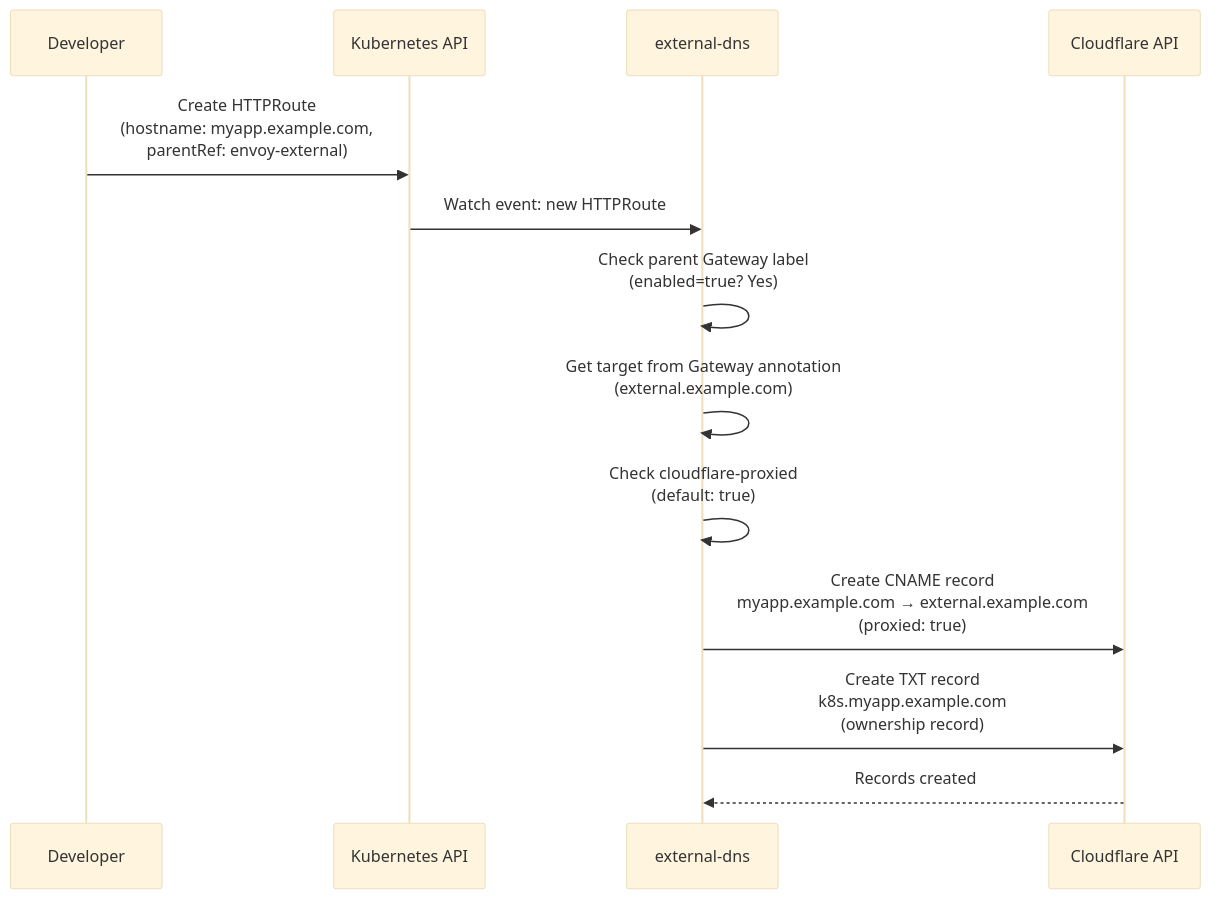
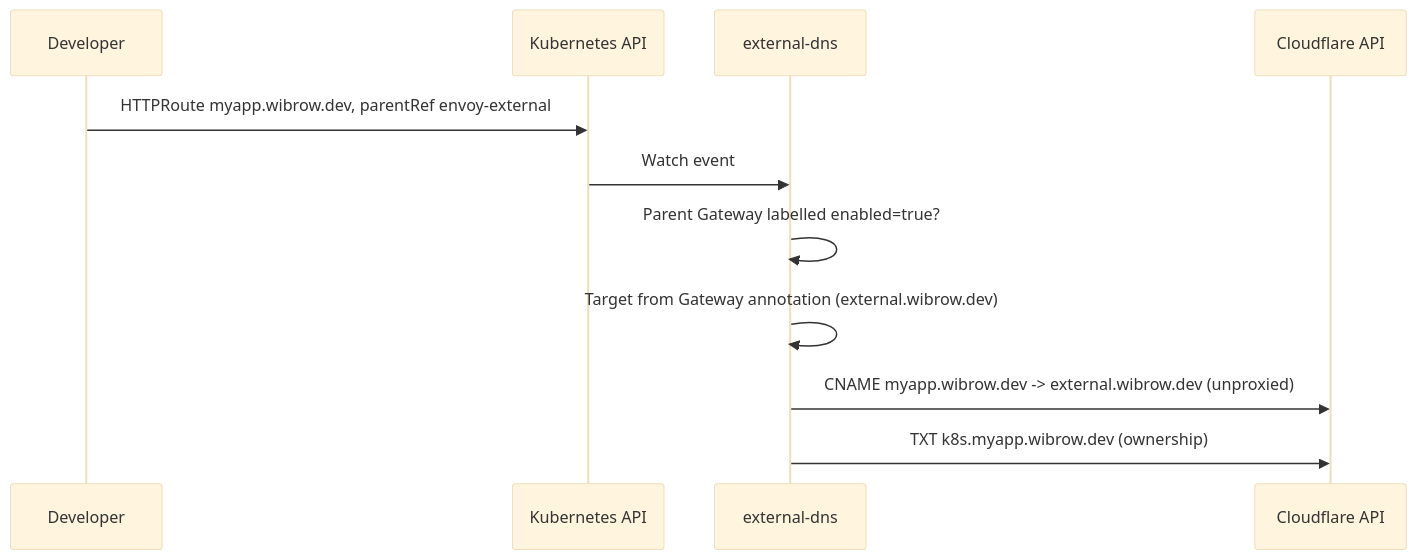
The diagram in docs/networking/external-dns.md (swibrow/home-ops), drawn with Mermaid (base theme) before and after one commit. The commit also changed other lines of this file and 105 other files, not shown here.

````diff
--- a/docs/networking/external-dns.md
+++ b/docs/networking/external-dns.md
@@ -176,16 +120,14 @@
 ```mermaid
 sequenceDiagram
     participant Dev as Developer
     participant K8s as Kubernetes API
     participant EDNS as external-dns
     participant CF as Cloudflare API
 
-    Dev->>K8s: Create HTTPRoute<br/>(hostname: myapp.example.com,<br/>parentRef: envoy-external)
-    K8s->>EDNS: Watch event: new HTTPRoute
-    EDNS->>EDNS: Check parent Gateway label<br/>(enabled=true? Yes)
-    EDNS->>EDNS: Get target from Gateway annotation<br/>(external.example.com)
-    EDNS->>EDNS: Check cloudflare-proxied<br/>(default: true)
-    EDNS->>CF: Create CNAME record<br/>myapp.example.com → external.example.com<br/>(proxied: true)
-    EDNS->>CF: Create TXT record<br/>k8s.myapp.example.com<br/>(ownership record)
-    CF-->>EDNS: Records created
+    Dev->>K8s: HTTPRoute myapp.wibrow.dev, parentRef envoy-external
+    K8s->>EDNS: Watch event
+    EDNS->>EDNS: Parent Gateway labelled enabled=true?
+    EDNS->>EDNS: Target from Gateway annotation (external.wibrow.dev)
+    EDNS->>CF: CNAME myapp.wibrow.dev -> external.wibrow.dev (unproxied)
+    EDNS->>CF: TXT k8s.myapp.wibrow.dev (ownership)
 ```
````
